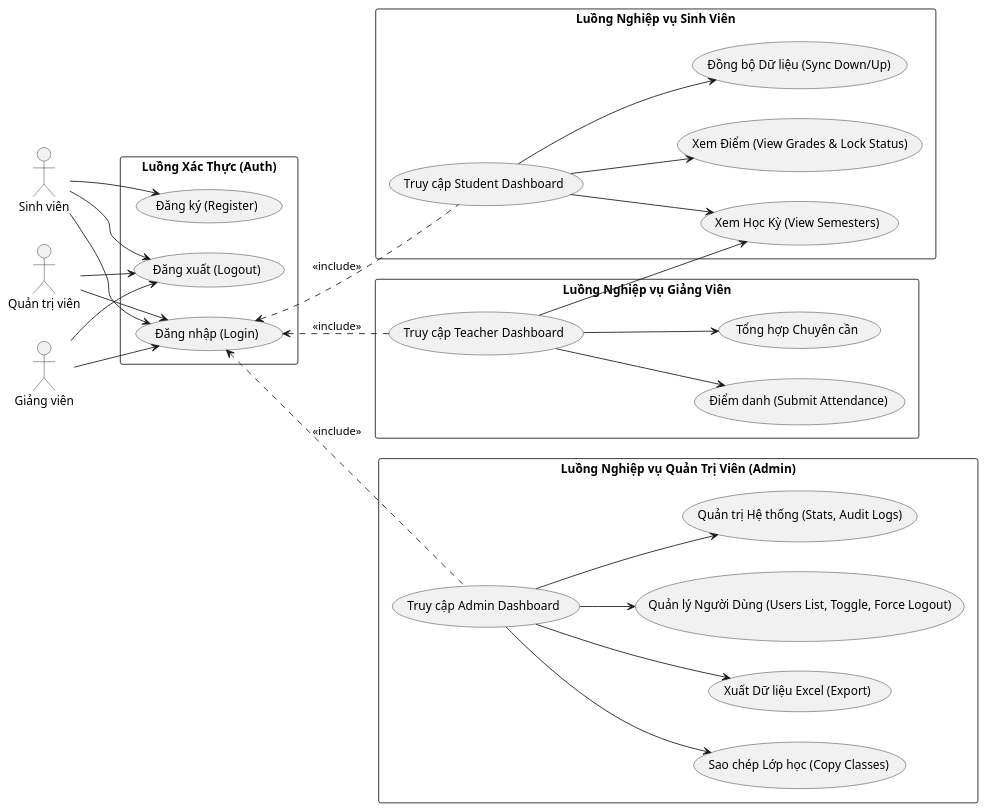
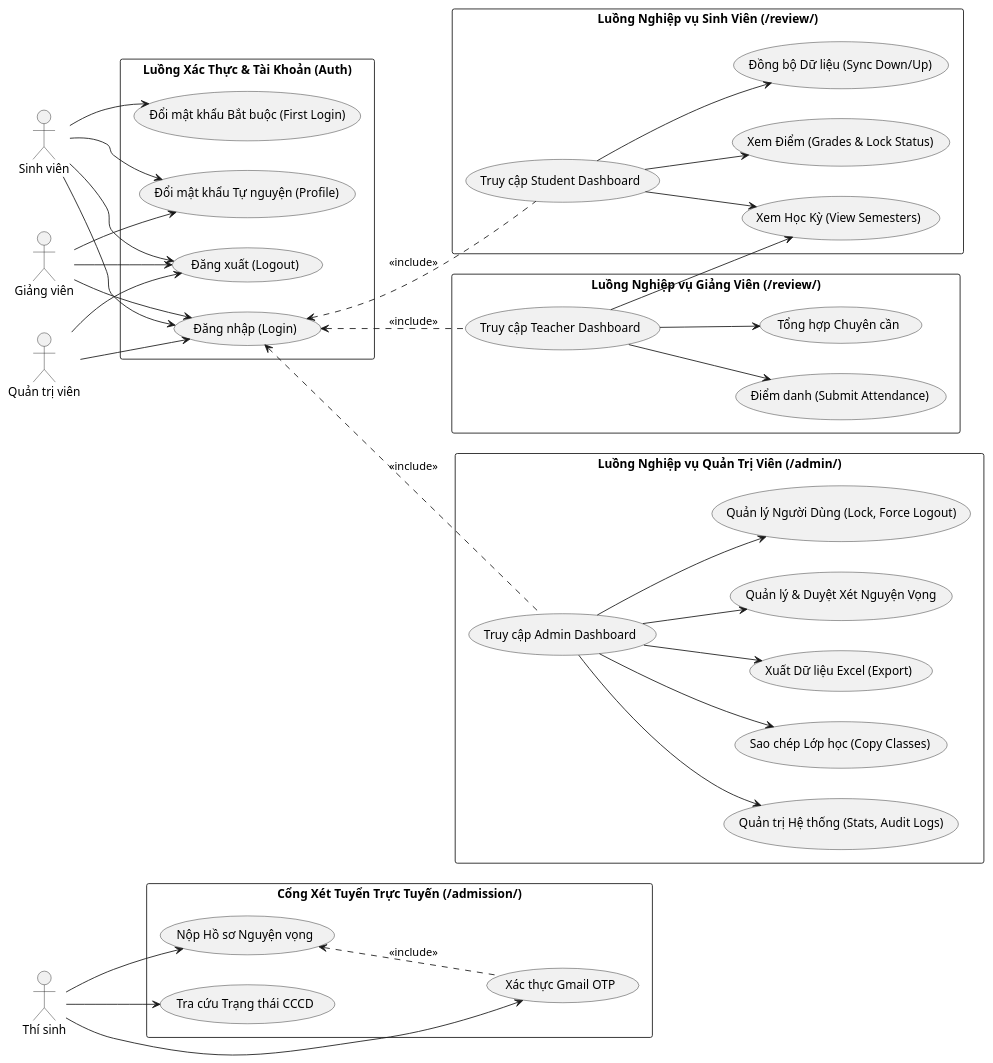
The first of 5 diagrams in docs/Diagram.md (NguyenHao1312/DO_NGUYEN_HAO-24CT1-CNPM), drawn with PlantUML before and after one commit. The commit also changed other lines of this file and 28 other files, not shown here.

First line of the commit message:
feat(admission): implement online admission portal, gmail otp, student id issuance & password change flow

````diff
--- a/docs/Diagram.md
+++ b/docs/Diagram.md
@@ -31,64 +46,82 @@
 ```plantuml
 @startuml
 left to right direction
 skinparam packageStyle rectangle
 
+actor "Thí sinh" as Candidate
 actor "Sinh viên" as Student
 actor "Giảng viên" as Teacher
 actor "Quản trị viên" as Admin
 
-package "Luồng Xác Thực (Auth)" {
+package "Cổng Xét Tuyển Trực Tuyến (/admission/)" {
+  usecase "Nộp Hồ sơ Nguyện vọng" as UC_ApplyAdmission
+  usecase "Xác thực Gmail OTP" as UC_VerifyOTP
+  usecase "Tra cứu Trạng thái CCCD" as UC_CheckStatus
+}
+
+package "Luồng Xác Thực & Tài Khoản (Auth)" {
   usecase "Đăng nhập (Login)" as UC_Login
   usecase "Đăng xuất (Logout)" as UC_Logout
-  usecase "Đăng ký (Register)" as UC_Register
+  usecase "Đổi mật khẩu Bắt buộc (First Login)" as UC_ForceChangePW
+  usecase "Đổi mật khẩu Tự nguyện (Profile)" as UC_VoluntaryChangePW
 }
 
-package "Luồng Nghiệp vụ Sinh Viên" {
+package "Luồng Nghiệp vụ Sinh Viên (/review/)" {
   usecase "Truy cập Student Dashboard" as UC_SDash
-  usecase "Xem Điểm (View Grades & Lock Status)" as UC_SGrades
+  usecase "Xem Điểm (Grades & Lock Status)" as UC_SGrades
   usecase "Xem Học Kỳ (View Semesters)" as UC_SSemesters
   usecase "Đồng bộ Dữ liệu (Sync Down/Up)" as UC_SSync
 }
 
-package "Luồng Nghiệp vụ Giảng Viên" {
+package "Luồng Nghiệp vụ Giảng Viên (/review/)" {
   usecase "Truy cập Teacher Dashboard" as UC_TDash
   usecase "Điểm danh (Submit Attendance)" as UC_TAttendance
   usecase "Tổng hợp Chuyên cần" as UC_TSummarize
 }
 
-package "Luồng Nghiệp vụ Quản Trị Viên (Admin)" {
+package "Luồng Nghiệp vụ Quản Trị Viên (/admin/)" {
   usecase "Truy cập Admin Dashboard" as UC_ADash
-  usecase "Quản lý Người Dùng (Users List, Toggle, Force Logout)" as UC_AManageUsers
+  usecase "Quản lý & Duyệt Xét Nguyện Vọng" as UC_AManageAdmissions
+  usecase "Quản lý Người Dùng (Lock, Force Logout)" as UC_AManageUsers
   usecase "Quản trị Hệ thống (Stats, Audit Logs)" as UC_ASystem
   usecase "Sao chép Lớp học (Copy Classes)" as UC_ACopy
   usecase "Xuất Dữ liệu Excel (Export)" as UC_AExport
 }
 
+' --- Quan hệ của Candidate ---
+Candidate --> UC_ApplyAdmission
+Candidate --> UC_VerifyOTP
+Candidate --> UC_CheckStatus
+UC_ApplyAdmission <.. UC_VerifyOTP : <<include>>
+
 ' --- Quan hệ của Student ---
 Student --> UC_Login
-Student --> UC_Register
 Student --> UC_Logout
+Student --> UC_ForceChangePW
+Student --> UC_VoluntaryChangePW
 UC_Login <.. UC_SDash : <<include>>
 UC_SDash --> UC_SGrades
 UC_SDash --> UC_SSemesters
 UC_SDash --> UC_SSync
 
 ' --- Quan hệ của Teacher ---
 Teacher --> UC_Login
 Teacher --> UC_Logout
+Teacher --> UC_VoluntaryChangePW
 UC_Login <.. UC_TDash : <<include>>
 UC_TDash --> UC_TAttendance
 UC_TDash --> UC_TSummarize
 UC_TDash --> UC_SSemesters
 
 ' --- Quan hệ của Admin ---
 Admin --> UC_Login
 Admin --> UC_Logout
 UC_Login <.. UC_ADash : <<include>>
+UC_ADash --> UC_AManageAdmissions
 UC_ADash --> UC_AManageUsers
 UC_ADash --> UC_ASystem
 UC_ADash --> UC_ACopy
 UC_ADash --> UC_AExport
 
 @enduml
 ```
````
